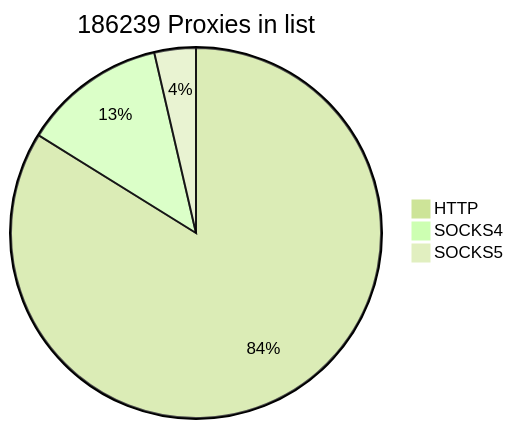
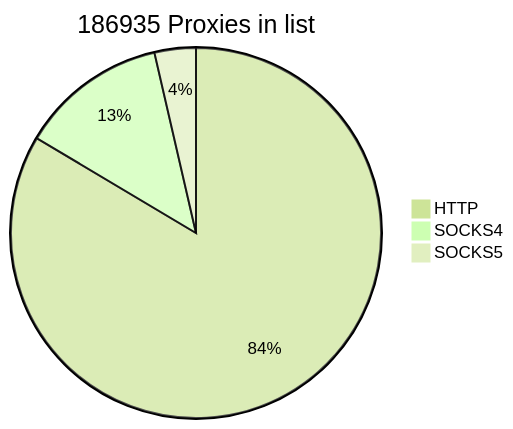
The first of 2 diagrams in README.md (cutipu/proxylist), drawn with Mermaid (forest theme) before and after one commit. The commit also changed other lines of this file, not shown here.

````diff
--- a/README.md
+++ b/README.md
@@ -2,7 +2,7 @@
 ```mermaid
-pie title 186239 Proxies in list
-    "HTTP" : 156155
-    "SOCKS4" : 23339
-    "SOCKS5" : 6745
+pie title 186935 Proxies in list
+    "HTTP" : 156180
+    "SOCKS4" : 24011
+    "SOCKS5" : 6744
             
 ```
````
